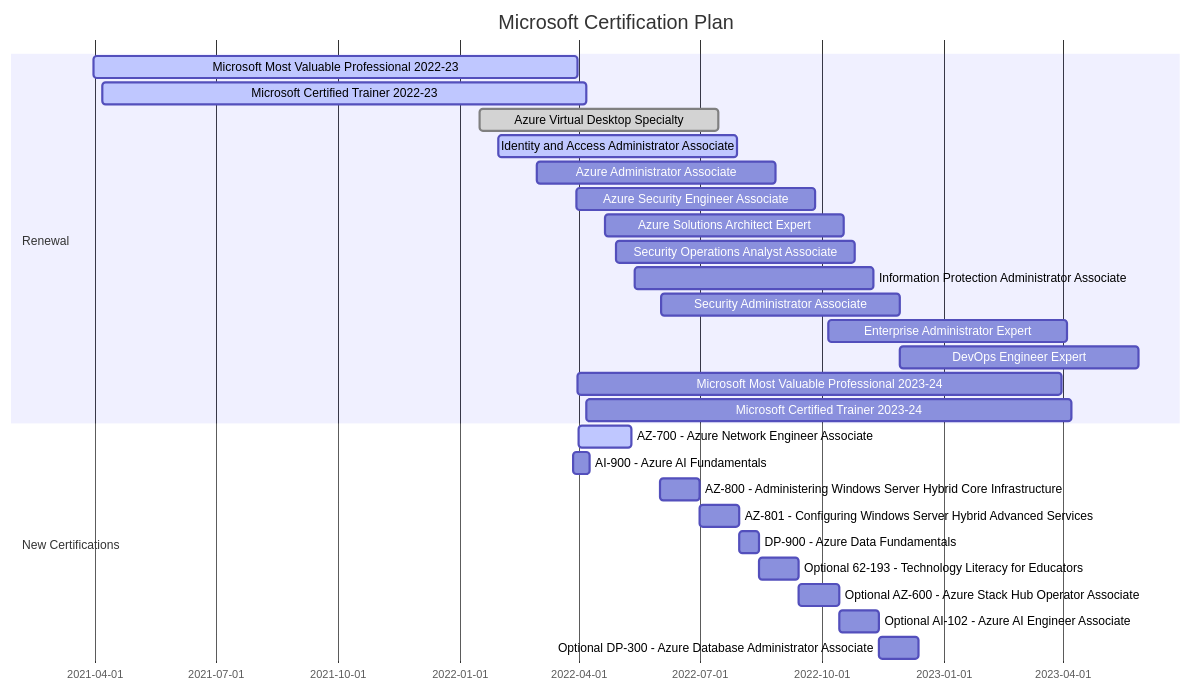
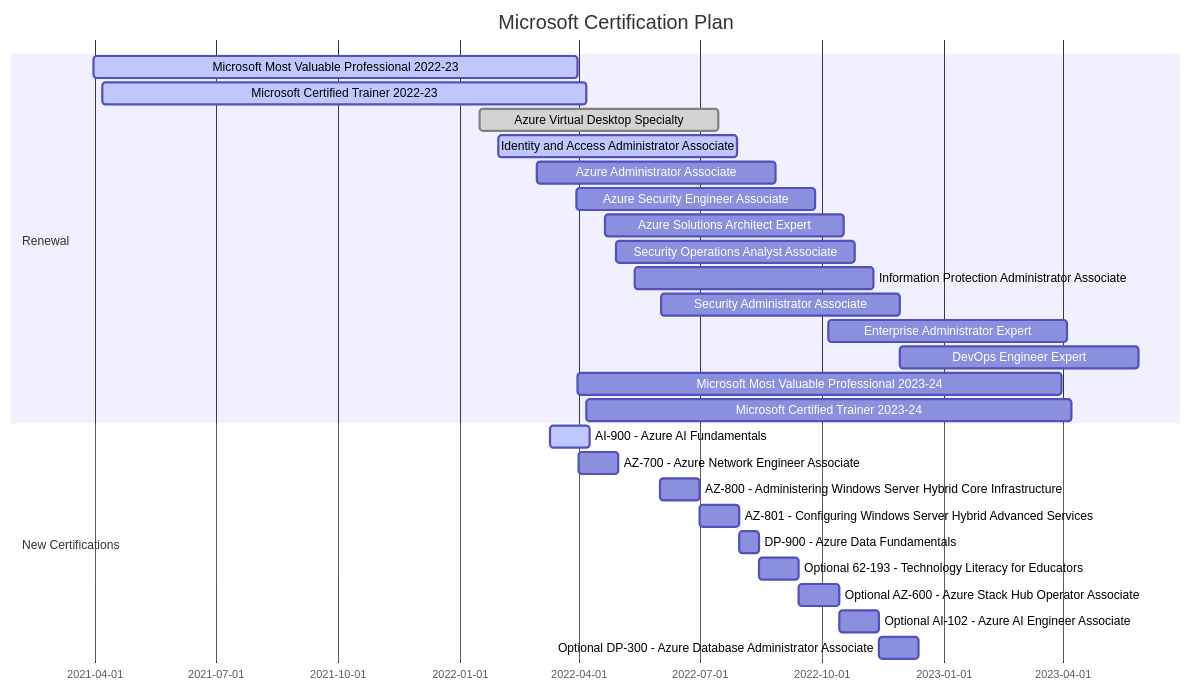
Before and after one commit to vukasinterzic/vukasinterzic: the diagram in README.md, drawn with Mermaid.

Commit message:
cert plan updated

````diff
--- a/README.md
+++ b/README.md
@@ -38,31 +38,31 @@
 ```mermaid
     gantt
     title Microsoft Certification Plan
     dateFormat  YYYY-MM-DD
     section Renewal
     Microsoft Most Valuable Professional 2022-23    :active, 2021-03-31, 365d
     Microsoft Certified Trainer 2022-23             :active, 2021-04-07, 365d
     Azure Virtual Desktop Specialty                 :done, 2022-01-16, 180d
     Identity and Access Administrator Associate     :active, 2022-01-30, 180d
     Azure Administrator Associate                   :a2, 2022-02-28, 180d
     Azure Security Engineer Associate               :a3, 2022-03-30, 180d
     Azure Solutions Architect Expert                :a4, 2022-04-21, 180d
     Security Operations Analyst Associate           :a5, 2022-04-29, 180d
     Information Protection Administrator Associate  :a6, 2022-05-13, 180d
     Security Administrator Associate                :a7, 2022-06-02, 180d
     Enterprise Administrator Expert                 :a8, 2022-10-06, 180d
     DevOps Engineer Expert                          :a9, 2022-11-29, 180d
     Microsoft Most Valuable Professional 2023-24    :a10, 2022-03-31, 365d
     Microsoft Certified Trainer 2023-24             :a11, 2022-04-07, 365d
 
     section New Certifications
-    AZ-700 - Azure Network Engineer Associate       :active, 2022-04-01, 40d
-    AI-900 - Azure AI Fundamentals                                      :a12, 2022-03-28, 12d
+    AI-900 - Azure AI Fundamentals                                      :active, 2022-03-10, 30d
+    AZ-700 - Azure Network Engineer Associate                           :a12, 2022-04-01, 30d
     AZ-800 - Administering Windows Server Hybrid Core Infrastructure    :a13, 2022-06-01, 30d
     AZ-801 - Configuring Windows Server Hybrid Advanced Services        :a14, after a13, 30d
     DP-900 - Azure Data Fundamentals                                    :a15, after a14, 15d
     Optional 62-193 - Technology Literacy for Educators                 :a16, after a15, 30d
     Optional AZ-600 - Azure Stack Hub Operator Associate                :a17, after a16, 30d
     Optional AI-102 - Azure AI Engineer Associate                       :a18, after a17, 30d
     Optional DP-300 - Azure Database Administrator Associate            :a19, after a18, 30d
 ```
````
